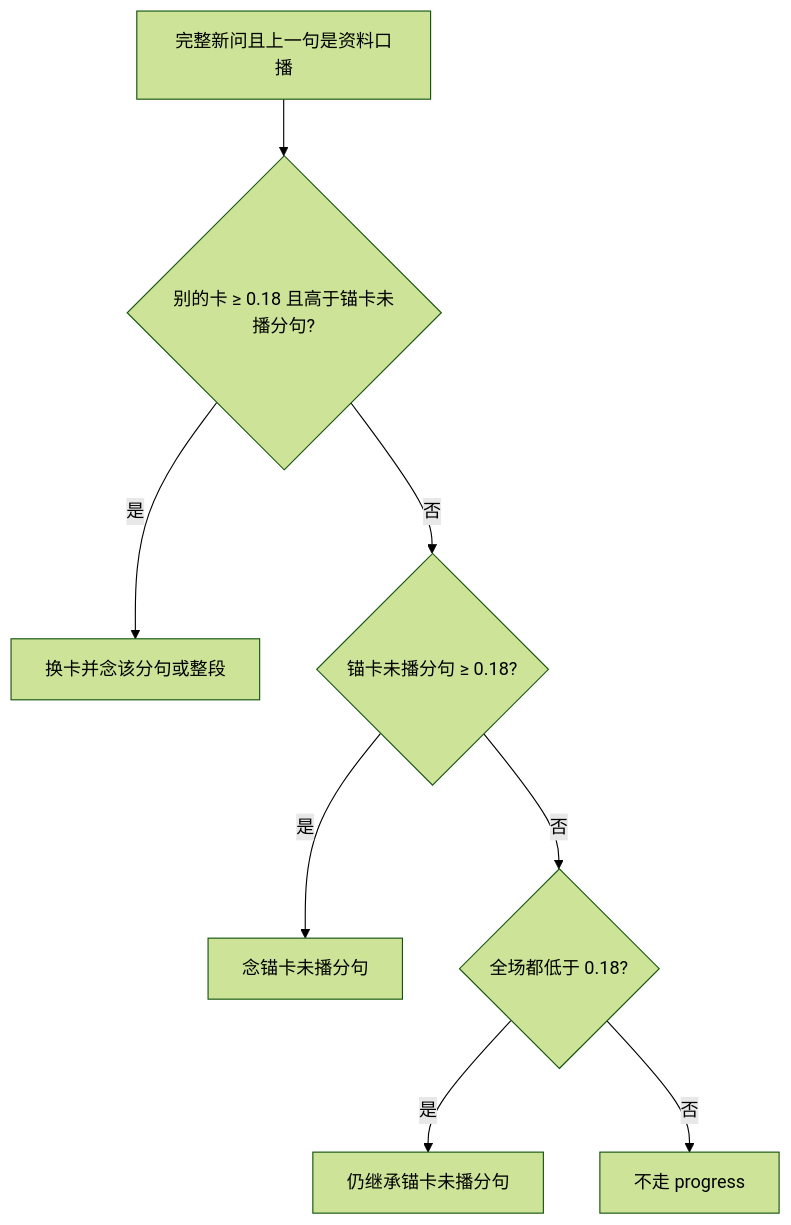
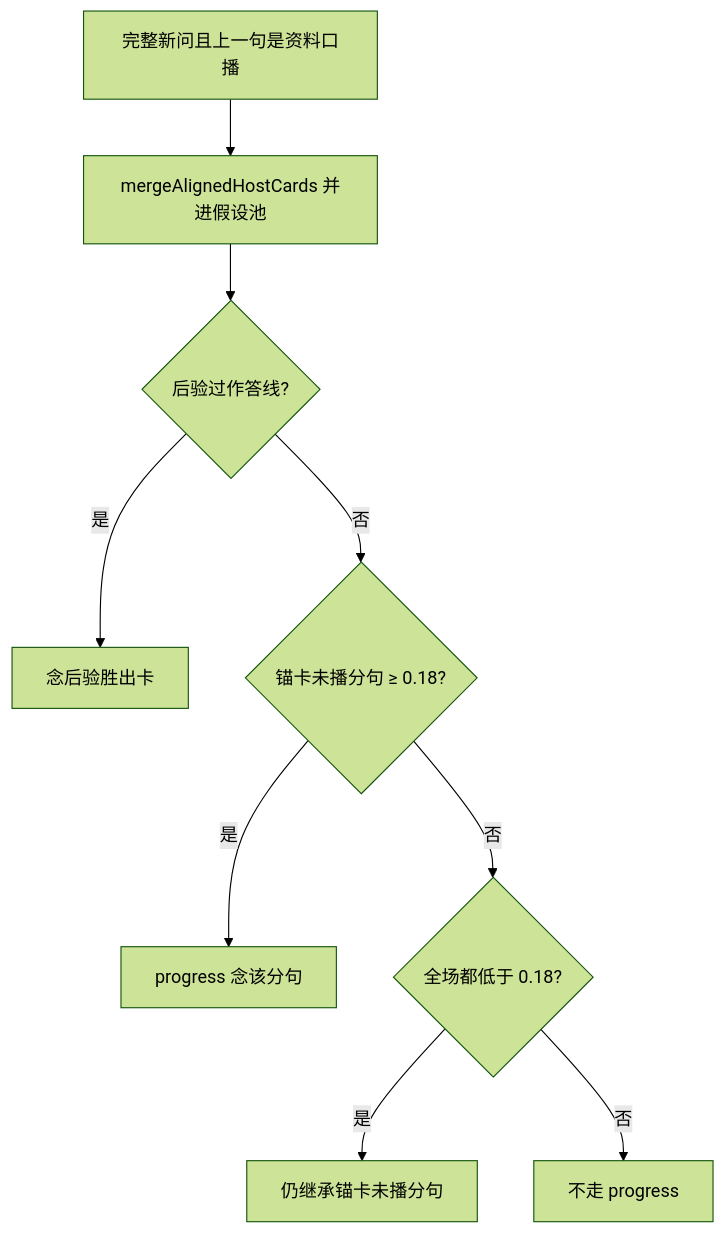
Before and after one commit to yuntaozhu/-ECE-Brain-Meeting: the diagram in desktop/dev_knowledge/wiki/concepts/follow-up-interaction.md, drawn with Mermaid (forest theme). The commit also changed other lines of this file and 13 other files, not shown here.

````diff
--- a/desktop/dev_knowledge/wiki/concepts/follow-up-interaction.md
+++ b/desktop/dev_knowledge/wiki/concepts/follow-up-interaction.md
@@ -18,10 +20,11 @@
 ```mermaid
 flowchart TD
-  Q[完整新问且上一句是资料口播] --> C{别的卡 ≥ 0.18 且高于锚卡未播分句?}
-  C -->|是| W[换卡并念该分句或整段]
-  C -->|否| A{锚卡未播分句 ≥ 0.18?}
-  A -->|是| U[念锚卡未播分句]
-  A -->|否| Z{全场都低于 0.18?}
+  Q[完整新问且上一句是资料口播] --> M[mergeAlignedHostCards 并进假设池]
+  M --> P{后验过作答线?}
+  P -->|是| A[念后验胜出卡]
+  P -->|否| U{锚卡未播分句 ≥ 0.18?}
+  U -->|是| G[progress 念该分句]
+  U -->|否| Z{全场都低于 0.18?}
   Z -->|是| I[仍继承锚卡未播分句]
   Z -->|否| N[不走 progress]
 ```
````
